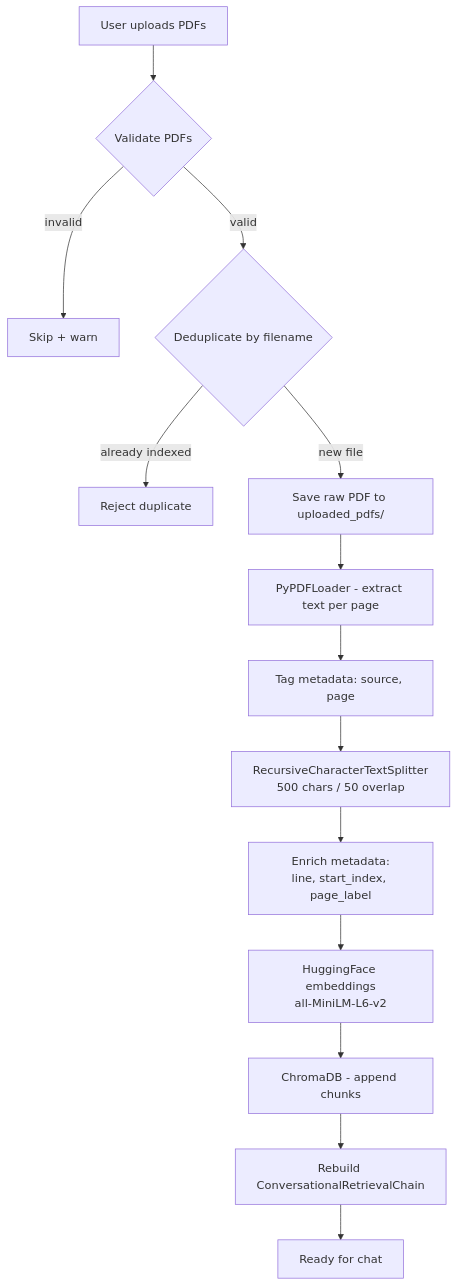
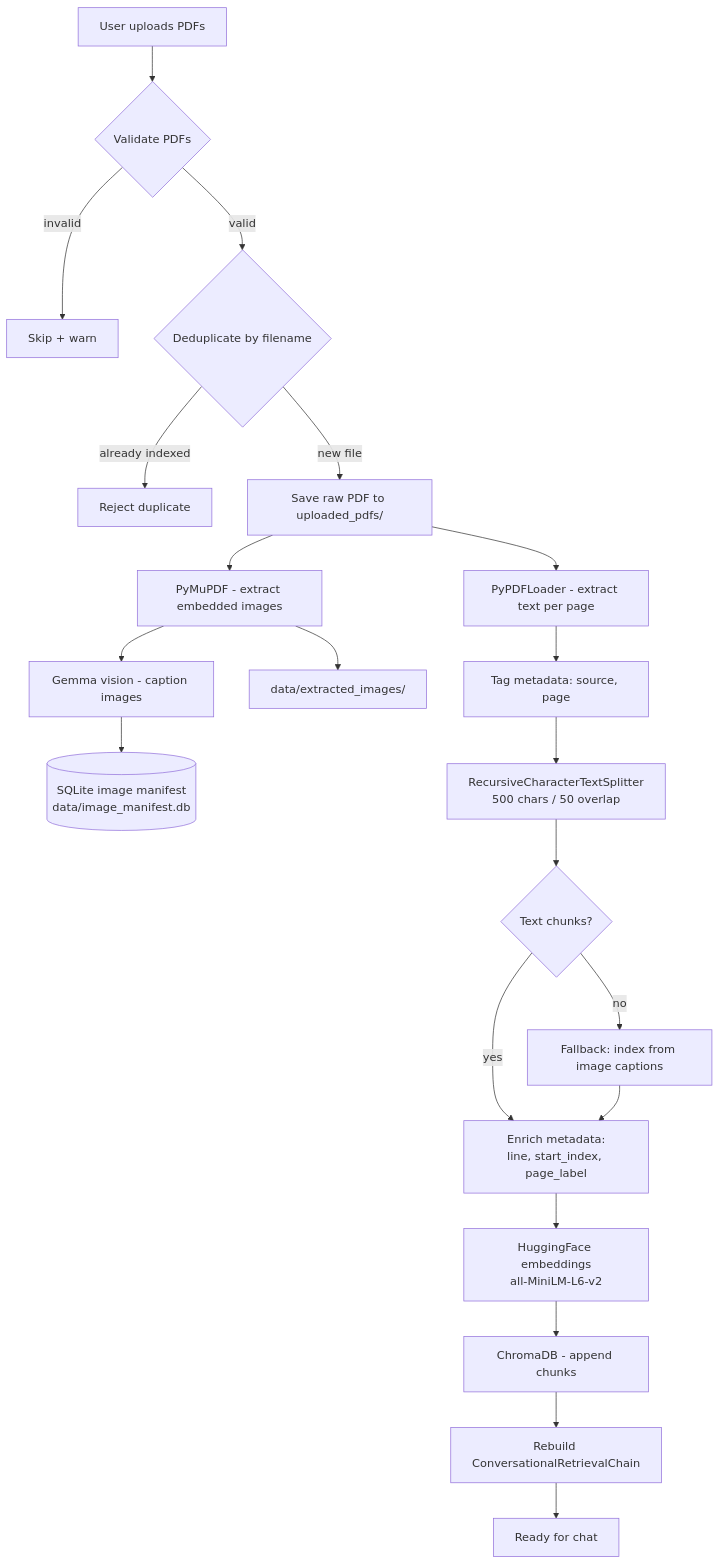
Before and after one commit to Rutujadb/Multi-PDF-ChatBot: the second of 3 diagrams in README.md, drawn with Mermaid. The commit also changed other lines of this file and 3 other files, not shown here.

````diff
--- a/README.md
+++ b/README.md
@@ -137,16 +146,23 @@
 ```mermaid
 flowchart TB
     A[User uploads PDFs] --> B{Validate PDFs}
     B -->|invalid| X[Skip + warn]
     B -->|valid| C{Deduplicate by filename}
     C -->|already indexed| Y[Reject duplicate]
     C -->|new file| D[Save raw PDF to uploaded_pdfs/]
+    D --> IMG[PyMuPDF - extract embedded images]
+    IMG --> CAP[Gemma vision - caption images]
+    CAP --> MAN[(SQLite image manifest\ndata/image_manifest.db)]
+    IMG --> DISK[data/extracted_images/]
     D --> E[PyPDFLoader - extract text per page]
     E --> F[Tag metadata: source, page]
     F --> G[RecursiveCharacterTextSplitter\n500 chars / 50 overlap]
-    G --> H[Enrich metadata:\nline, start_index, page_label]
+    G --> G2{Text chunks?}
+    G2 -->|no| FB[Fallback: index from image captions]
+    G2 -->|yes| H[Enrich metadata:\nline, start_index, page_label]
+    FB --> H
     H --> I[HuggingFace embeddings\nall-MiniLM-L6-v2]
     I --> J[ChromaDB - append chunks]
     J --> K[Rebuild ConversationalRetrievalChain]
     K --> L[Ready for chat]
 ```
````
